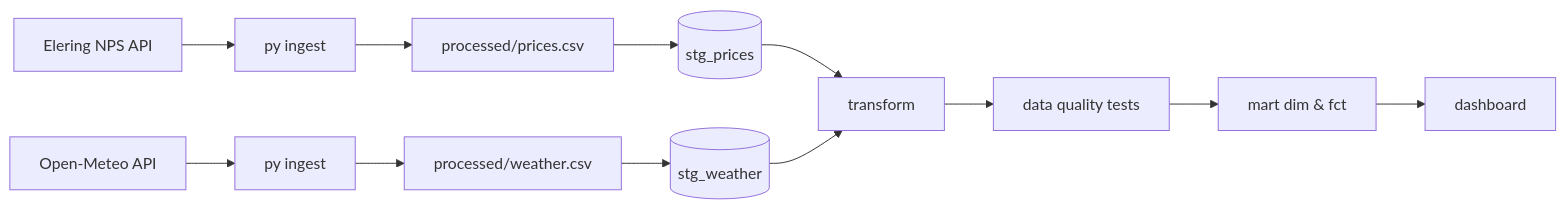
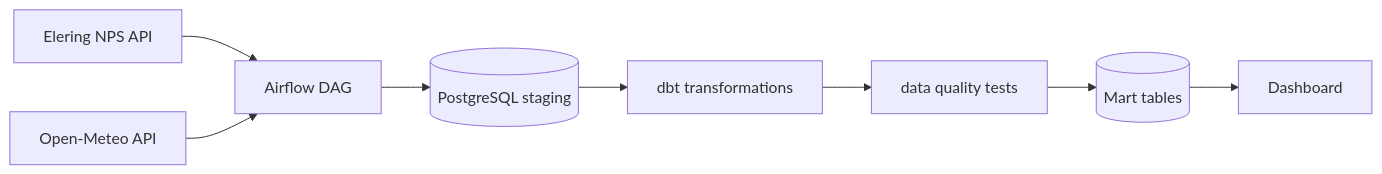
Before and after one commit to annniq/energy-weather-pipeline-v1: the diagram in docs/arhitektuur.md, drawn with Mermaid. The commit also changed other lines of this file and 5 other files, not shown here.

Commit message:
add api input logic, airflow support, .env.example

````diff
--- a/docs/arhitektuur.md
+++ b/docs/arhitektuur.md
@@ -23,19 +23,11 @@
 ```mermaid
 flowchart LR
-    %% 1. Allikad ja andmete tõmbamine (Extract & Save to CSV)
-    api_prices[Elering NPS API] --> ingest_p[py ingest] --> prices_raw[processed/prices.csv]
-    api_weather[Open-Meteo API] --> ingest_w[py ingest] --> weather_raw[processed/weather.csv]
-    
-    %% 2. Sissevõtt andmebaasi (load_to_staging)
-    prices_raw -->  stg_prices[(stg_prices)]
-    weather_raw --> stg_weather[(stg_weather)]
-    
-    %% 3. Transformatsioon ja kvaliteedikontroll
-    stg_prices --> transform[transform]
-    stg_weather --> transform
-    transform --> quality[data quality tests]
-    
-    %% 4. Mart ja Väljundid
-    quality --> mart[mart dim & fct]
-    mart --> dashboard[dashboard]
+    api1[Elering NPS API] --> airflow[Airflow DAG]
+    api2[Open-Meteo API] --> airflow
+
+    airflow --> staging[(PostgreSQL staging)]
+    staging --> dbt[dbt transformations]
+    dbt --> quality[data quality tests]
+    quality --> marts[(Mart tables)]
+    marts --> dashboard[Dashboard]
 ```
````
